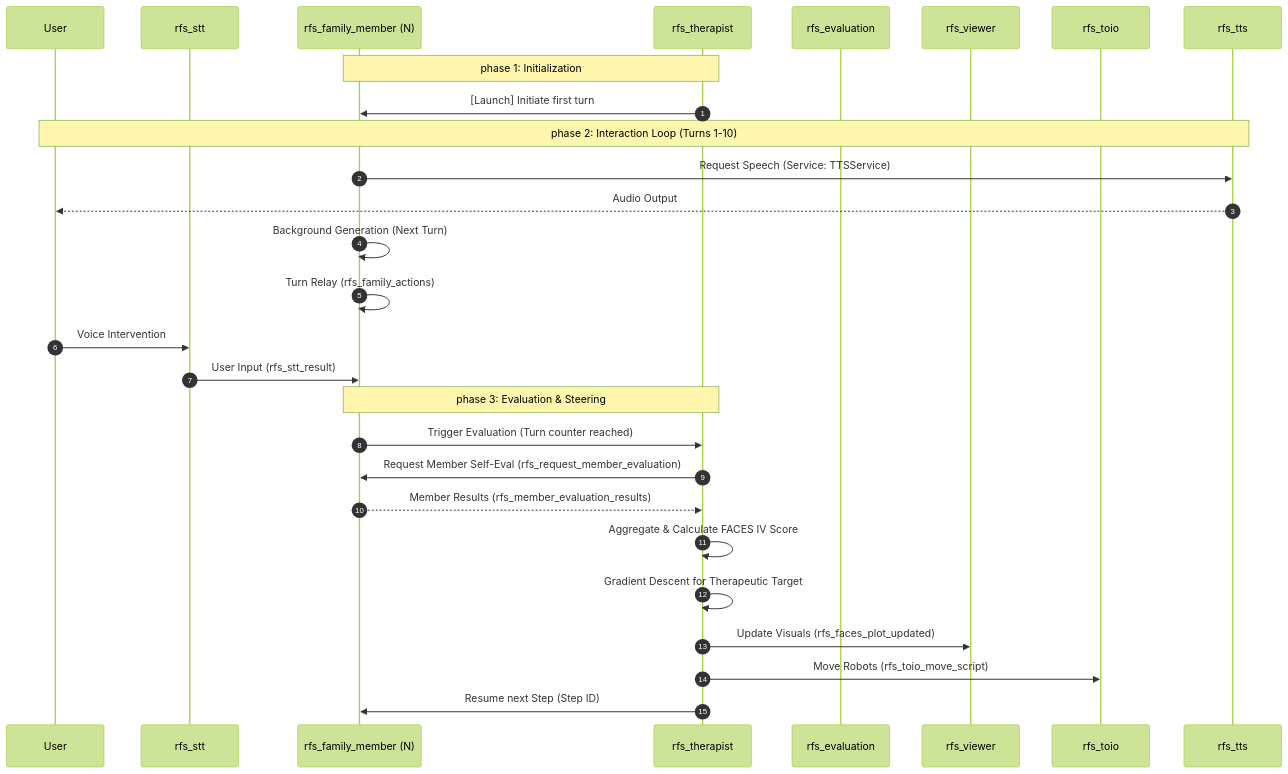
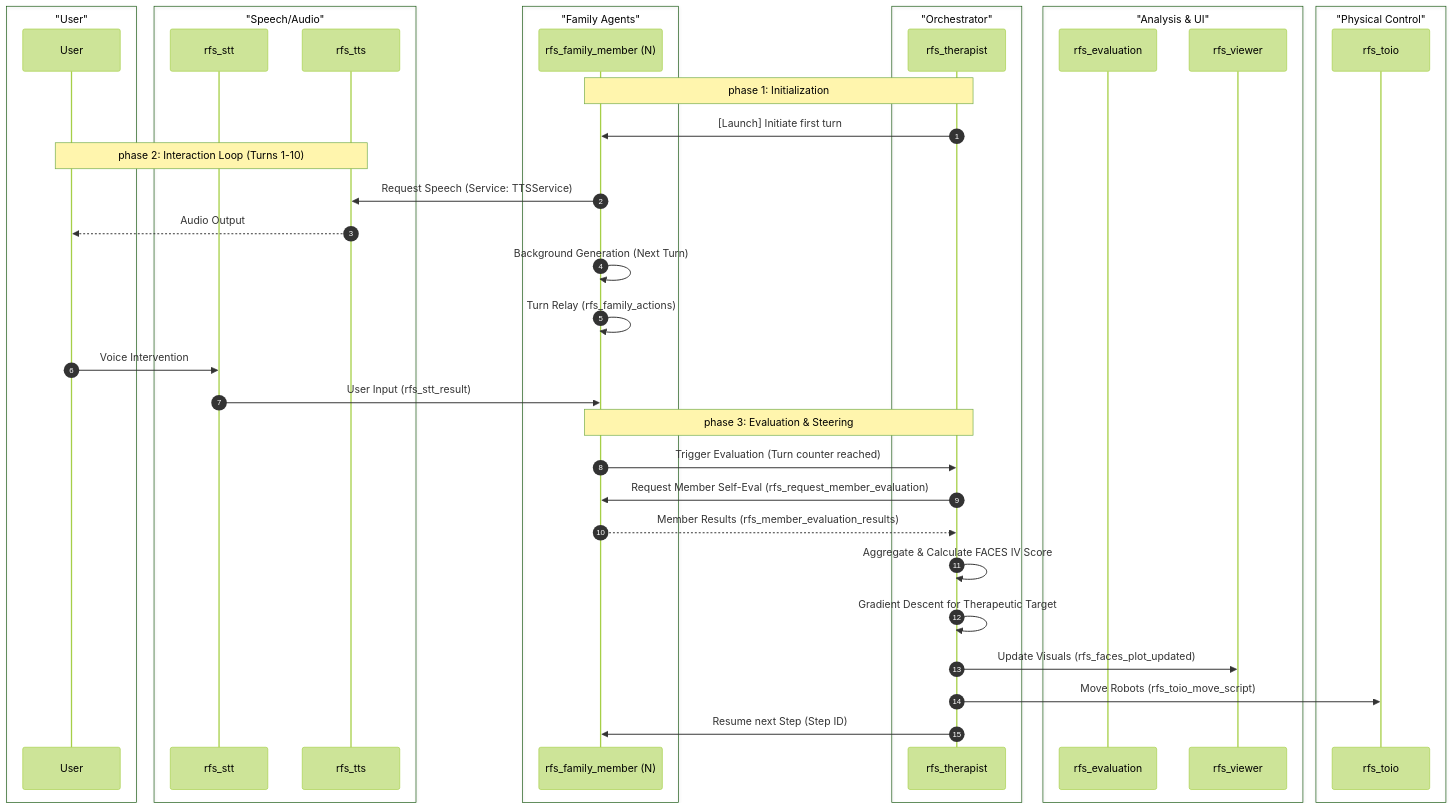
One commit to robotaichi/rfs changed the diagram in README.md. Above: the diagram before and after it, drawn with Mermaid (forest theme).

Commit message:
Enhance sequence diagram with vertical lane coloring for clarity

````diff
--- a/README.md
+++ b/README.md
@@ -18,35 +18,51 @@
 ```mermaid
 sequenceDiagram
     autonumber
     
-    %% Participant Definitions with High-Contrast Colors
+    box "User" #FAFAFA
     participant User
-    participant STT as rfs_stt #64B5F6
-    participant Fam as rfs_family_member (N) #81C784
-    participant Ther as rfs_therapist #FFD54F
-    participant Eval as rfs_evaluation #BA68C8
-    participant Plot as rfs_viewer #BA68C8
-    participant Toio as rfs_toio #64B5F6
-    participant TTS as rfs_tts #64B5F6
+    end
+
+    box "Speech/Audio" #E3F2FD
+    participant STT as rfs_stt
+    participant TTS as rfs_tts
+    end
+
+    box "Family Agents" #E8F5E9
+    participant Fam as rfs_family_member (N)
+    end
+
+    box "Orchestrator" #FFFDE7
+    participant Ther as rfs_therapist
+    end
+
+    box "Analysis & UI" #F3E5F5
+    participant Eval as rfs_evaluation
+    participant Plot as rfs_viewer
+    end
+
+    box "Physical Control" #E0F7FA
+    participant Toio as rfs_toio
+    end
 
     Note over Ther, Fam: phase 1: Initialization
     Ther->>Fam: [Launch] Initiate first turn
     
     Note over User, TTS: phase 2: Interaction Loop (Turns 1-10)
     Fam->>TTS: Request Speech (Service: TTSService)
     TTS-->>User: Audio Output
     Fam->>Fam: Background Generation (Next Turn)
     Fam->>Fam: Turn Relay (rfs_family_actions)
     User->>STT: Voice Intervention
     STT->>Fam: User Input (rfs_stt_result)
     
     Note over Fam, Ther: phase 3: Evaluation & Steering
     Fam->>Ther: Trigger Evaluation (Turn counter reached)
     Ther->>Fam: Request Member Self-Eval (rfs_request_member_evaluation)
     Fam-->>Ther: Member Results (rfs_member_evaluation_results)
     Ther->>Ther: Aggregate & Calculate FACES IV Score
     Ther->>Ther: Gradient Descent for Therapeutic Target
     Ther->>Plot: Update Visuals (rfs_faces_plot_updated)
     Ther->>Toio: Move Robots (rfs_toio_move_script)
     Ther->>Fam: Resume next Step (Step ID)
 ```
````
